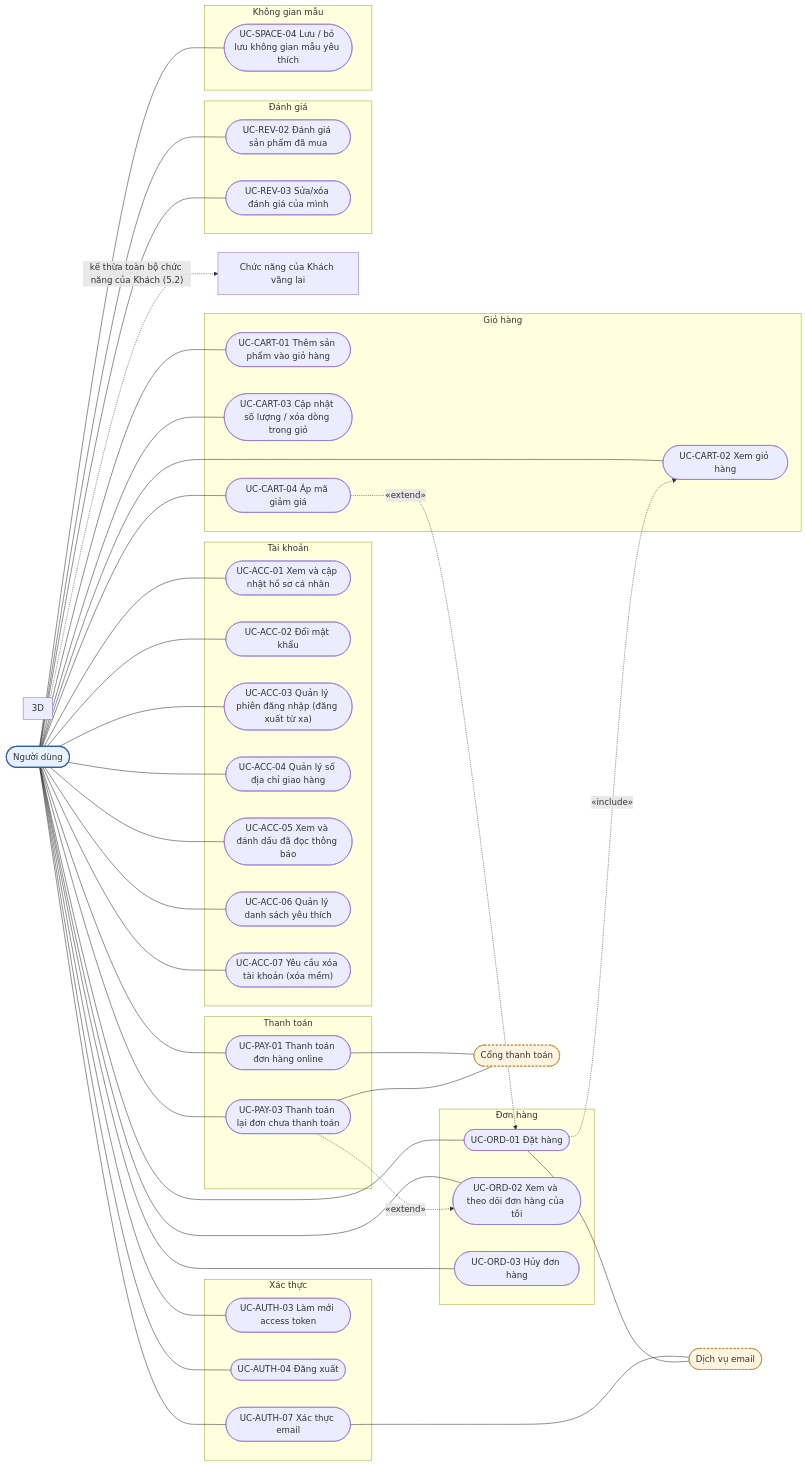
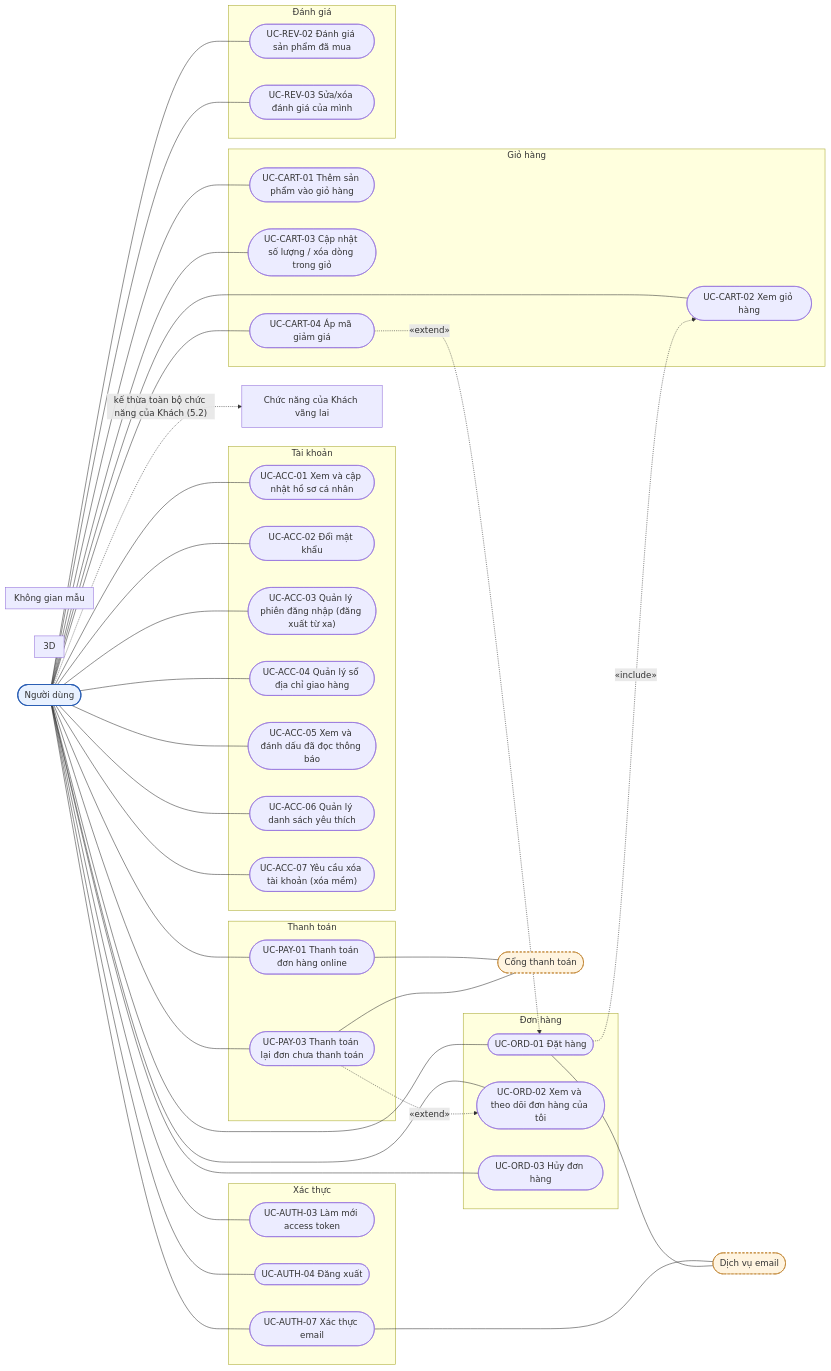
One commit to 2431540234-arch/XDUDTMDT changed the third of 13 diagrams in docs/DAC_TA_CHUC_NANG_THEO_VAI_TRO.md. Above: the diagram before and after it, drawn with Mermaid. The commit also changed other lines of this file and 19 other files, not shown here.

First line of the commit message:
docs: cập nhật tài liệu theo schema 32 bảng

````diff
--- a/docs/DAC_TA_CHUC_NANG_THEO_VAI_TRO.md
+++ b/docs/DAC_TA_CHUC_NANG_THEO_VAI_TRO.md
@@ -440,76 +410,74 @@
 ```mermaid
 flowchart LR
     N(["Người dùng"]):::actor
     EM(["Dịch vụ email"]):::ext
     GW(["Cổng thanh toán"]):::ext
     subgraph SG_AUTH["Xác thực"]
         UC_AUTH_03(["UC-AUTH-03 Làm mới access token"])
         UC_AUTH_04(["UC-AUTH-04 Đăng xuất"])
         UC_AUTH_07(["UC-AUTH-07 Xác thực email"])
     end
     subgraph SG_ACC["Tài khoản"]
         UC_ACC_01(["UC-ACC-01 Xem và cập nhật hồ sơ cá nhân"])
         UC_ACC_02(["UC-ACC-02 Đổi mật khẩu"])
         UC_ACC_03(["UC-ACC-03 Quản lý phiên đăng nhập (đăng xuất từ xa)"])
         UC_ACC_04(["UC-ACC-04 Quản lý sổ địa chỉ giao hàng"])
         UC_ACC_05(["UC-ACC-05 Xem và đánh dấu đã đọc thông báo"])
         UC_ACC_06(["UC-ACC-06 Quản lý danh sách yêu thích"])
         UC_ACC_07(["UC-ACC-07 Yêu cầu xóa tài khoản (xóa mềm)"])
     end
     subgraph SG_CART["Giỏ hàng"]
         UC_CART_01(["UC-CART-01 Thêm sản phẩm vào giỏ hàng"])
         UC_CART_02(["UC-CART-02 Xem giỏ hàng"])
         UC_CART_03(["UC-CART-03 Cập nhật số lượng / xóa dòng trong giỏ"])
         UC_CART_04(["UC-CART-04 Áp mã giảm giá"])
     end
     subgraph SG_ORD["Đơn hàng"]
         UC_ORD_01(["UC-ORD-01 Đặt hàng"])
         UC_ORD_02(["UC-ORD-02 Xem và theo dõi đơn hàng của tôi"])
         UC_ORD_03(["UC-ORD-03 Hủy đơn hàng"])
     end
     subgraph SG_PAY["Thanh toán"]
         UC_PAY_01(["UC-PAY-01 Thanh toán đơn hàng online"])
         UC_PAY_03(["UC-PAY-03 Thanh toán lại đơn chưa thanh toán"])
     end
     subgraph SG_REV["Đánh giá"]
         UC_REV_02(["UC-REV-02 Đánh giá sản phẩm đã mua"])
         UC_REV_03(["UC-REV-03 Sửa/xóa đánh giá của mình"])
     end
     subgraph SG_D3["3D"]
     end
     subgraph SG_SPACE["Không gian mẫu"]
-        UC_SPACE_04(["UC-SPACE-04 Lưu / bỏ lưu không gian mẫu yêu thích"])
     end
     N --- UC_AUTH_03
     N --- UC_AUTH_04
     N --- UC_AUTH_07
     N --- UC_ACC_01
     N --- UC_ACC_02
     N --- UC_ACC_03
     N --- UC_ACC_04
     N --- UC_ACC_05
     N --- UC_ACC_06
     N --- UC_ACC_07
     N --- UC_CART_01
     N --- UC_CART_02
     N --- UC_CART_03
     N --- UC_CART_04
     N --- UC_ORD_01
     N --- UC_ORD_02
     N --- UC_ORD_03
     N --- UC_PAY_01
     N --- UC_PAY_03
     N --- UC_REV_02
     N --- UC_REV_03
-    N --- UC_SPACE_04
     UC_AUTH_07 --- EM
     UC_ORD_01 --- EM
     UC_PAY_01 --- GW
     UC_PAY_03 --- GW
     UC_CART_04 -. "«extend»" .-> UC_ORD_01
     UC_ORD_01 -. "«include»" .-> UC_CART_02
     UC_PAY_03 -. "«extend»" .-> UC_ORD_02
     N -. "kế thừa toàn bộ chức năng của Khách (5.2)" .-> KX["Chức năng của Khách vãng lai"]
     classDef actor fill:#e8f1ff,stroke:#2b5fb4,stroke-width:2px
     classDef ext fill:#fff4e0,stroke:#b8761a,stroke-dasharray: 4 3
 ```
````
